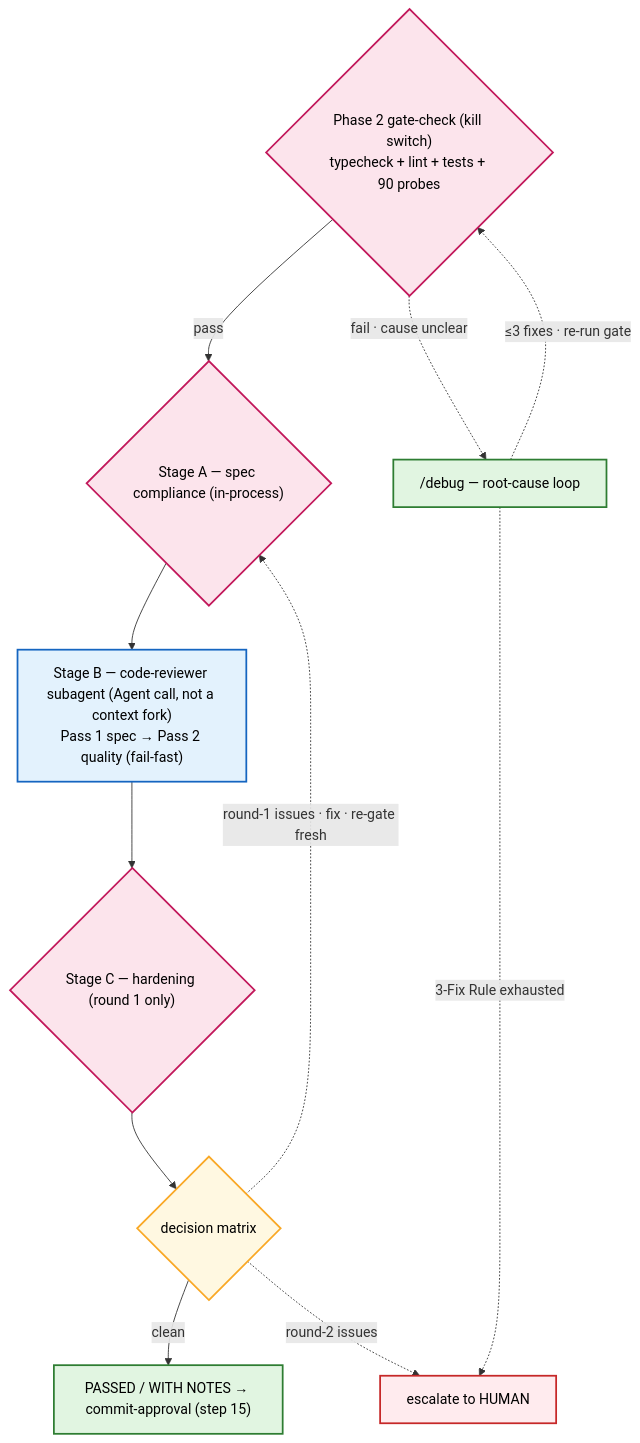
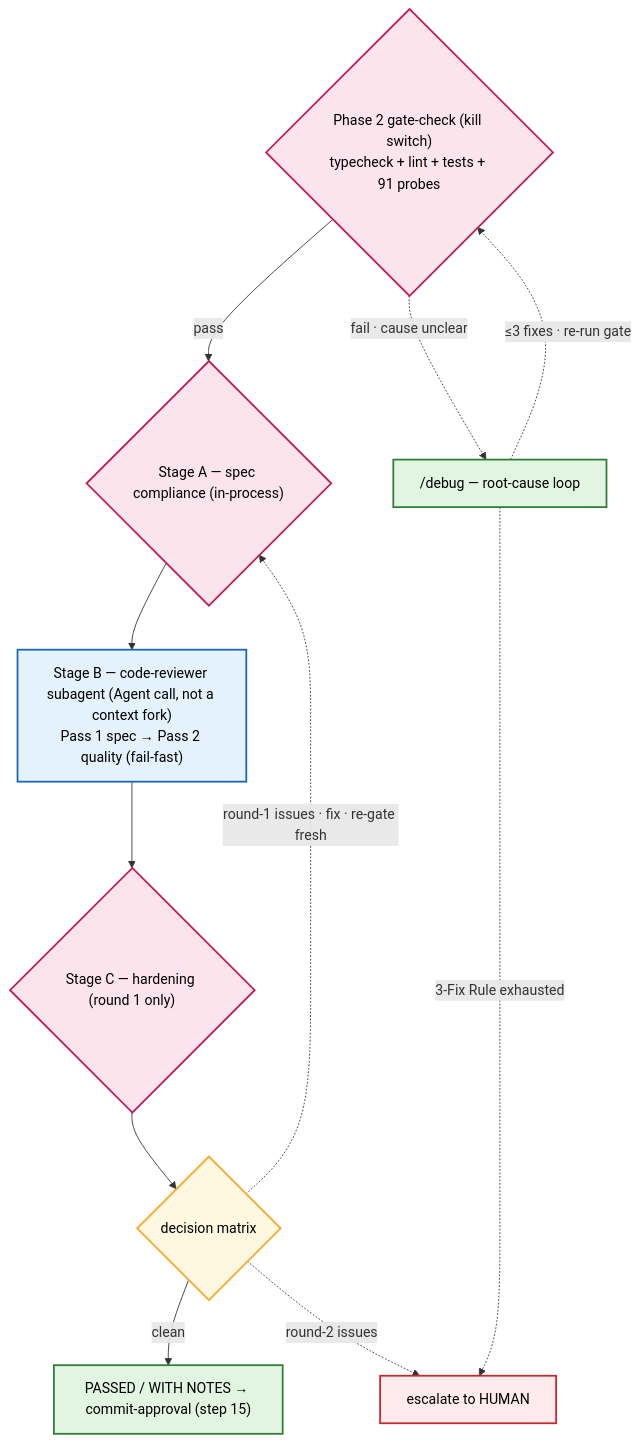
One commit to nesquikm/dev-process-toolkit changed the fourth of 6 diagrams in plugins/dev-process-toolkit/docs/workflow-overview.md. Above: the diagram before and after it, drawn with Mermaid. The commit also changed other lines of this file and 53 other files, not shown here.

````diff
--- a/plugins/dev-process-toolkit/docs/workflow-overview.md
+++ b/plugins/dev-process-toolkit/docs/workflow-overview.md
@@ -124,25 +124,25 @@
 ```mermaid
 flowchart TD
     classDef eval fill:#fce4ec,stroke:#c2185b,stroke-width:2px,color:#000
     classDef fork fill:#e3f2fd,stroke:#1565c0,stroke-width:2px,color:#000
     classDef gate fill:#fff8e1,stroke:#f9a825,stroke-width:2px,color:#000
     classDef skill fill:#e1f5e1,stroke:#2e7d32,stroke-width:2px,color:#000
     classDef esc fill:#ffebee,stroke:#c62828,stroke-width:2px,color:#000
 
-    gate{"Phase 2 gate-check (kill switch)<br/>typecheck + lint + tests + 90 probes"}:::eval
+    gate{"Phase 2 gate-check (kill switch)<br/>typecheck + lint + tests + 91 probes"}:::eval
     debug["/debug — root-cause loop"]:::skill
     stageA{"Stage A — spec compliance (in-process)"}:::eval
     stageB["Stage B — code-reviewer subagent (Agent call, not a context fork)<br/>Pass 1 spec → Pass 2 quality (fail-fast)"]:::fork
     stageC{"Stage C — hardening (round 1 only)"}:::eval
     decide{"decision matrix"}:::gate
     pass["PASSED / WITH NOTES → commit-approval (step 15)"]:::skill
     esc["escalate to HUMAN"]:::esc
 
     gate -->|"pass"| stageA --> stageB --> stageC --> decide
     gate -.->|"fail · cause unclear"| debug
     debug -.->|"≤3 fixes · re-run gate"| gate
     debug -.->|"3-Fix Rule exhausted"| esc
     decide -->|"clean"| pass
     decide -.->|"round-1 issues · fix · re-gate fresh"| stageA
     decide -.->|"round-2 issues"| esc
 ```
````
